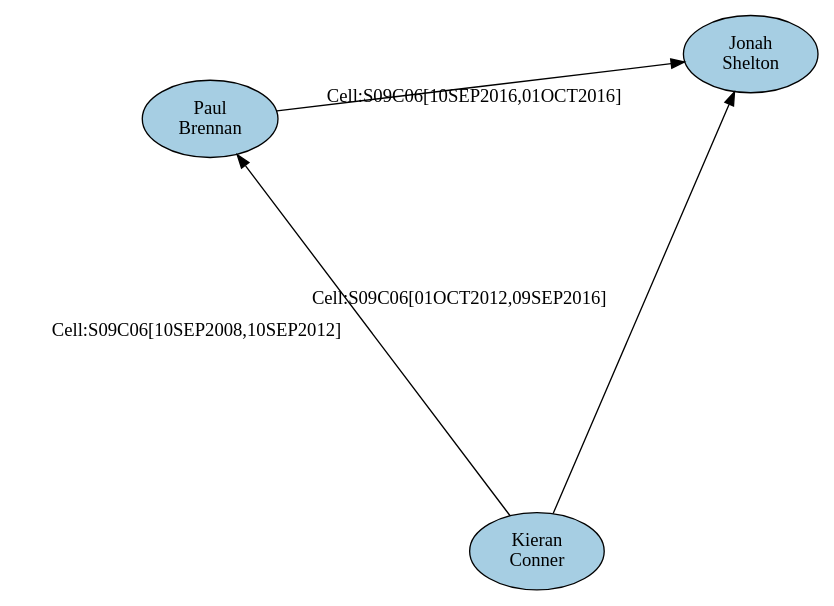
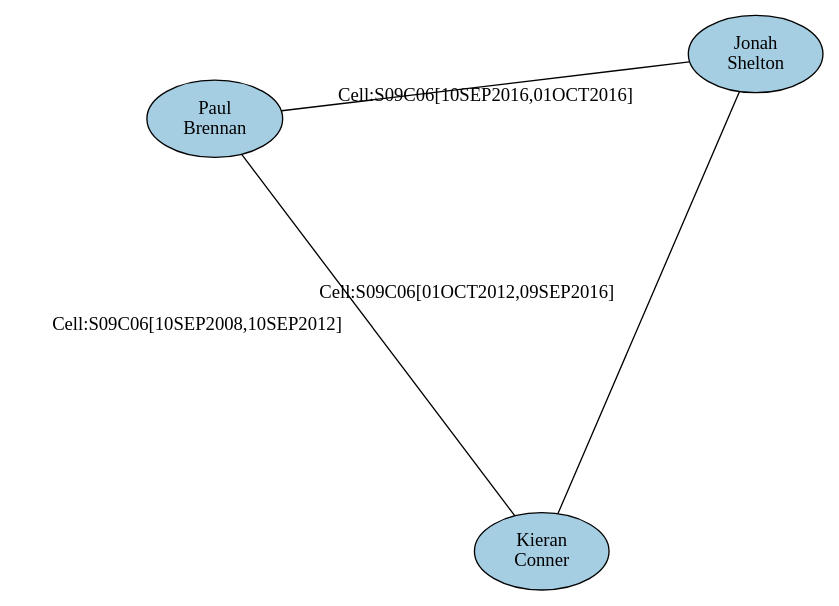
Before and after one commit to dtherrick/network-analysis: the diagram in applications/social/inmate-network/dot/query_4_match_6.dot, drawn with Graphviz. The commit also changed 14 other files, not shown here.

```diff
--- a/applications/social/inmate-network/dot/query_4_match_6.dot
+++ b/applications/social/inmate-network/dot/query_4_match_6.dot
@@ -1,13 +1,13 @@
-digraph G {
+graph G {
 layout=sfdp
 node[colorscheme=paired8, style=filled, color=black, fixedSize=true, width=1.4, height=.8]
 "I54430"[fillcolor= "1",label= "Jonah
 Shelton"]
 "I43617"[fillcolor= "1",label= "Paul
 Brennan"]
 "I36923"[fillcolor= "1",label= "Kieran
 Conner"]
-"I36923" -> "I43617"[label= "Cell:S09C06[10SEP2008,10SEP2012]"]
-"I36923" -> "I54430"[label= "Cell:S09C06[01OCT2012,09SEP2016]"]
-"I43617" -> "I54430"[label= "Cell:S09C06[10SEP2016,01OCT2016]"]
+"I36923" -- "I43617"[label= "Cell:S09C06[10SEP2008,10SEP2012]"]
+"I36923" -- "I54430"[label= "Cell:S09C06[01OCT2012,09SEP2016]"]
+"I43617" -- "I54430"[label= "Cell:S09C06[10SEP2016,01OCT2016]"]
 }
```
